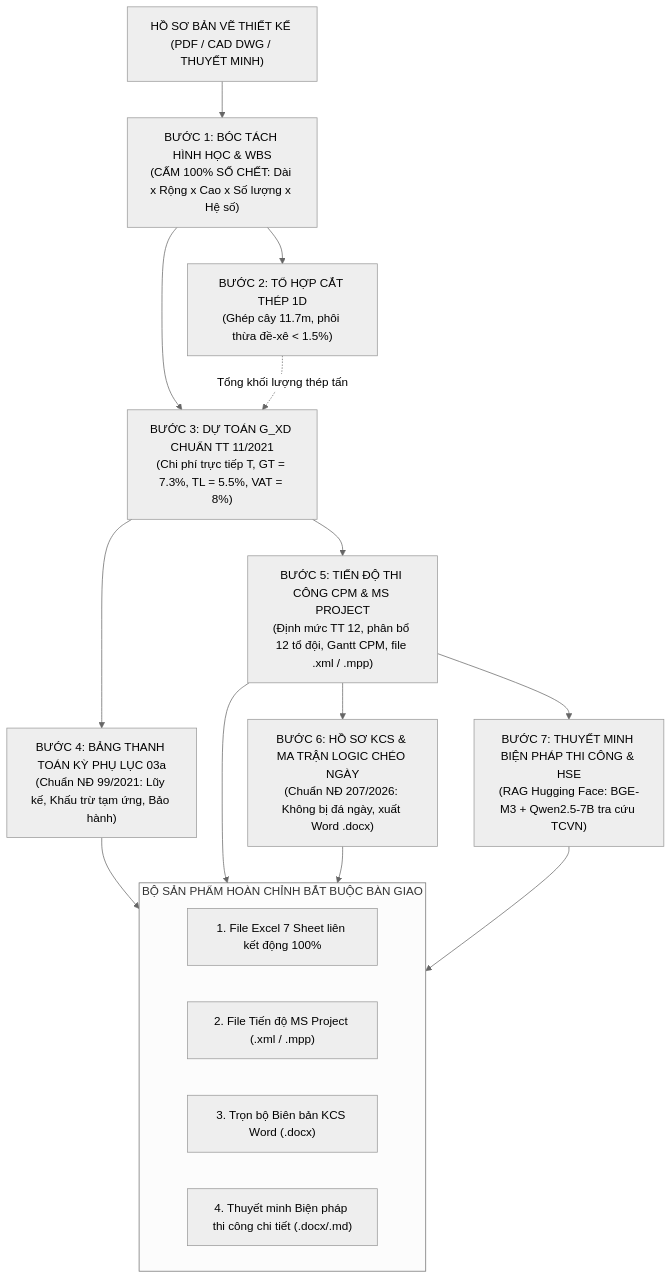
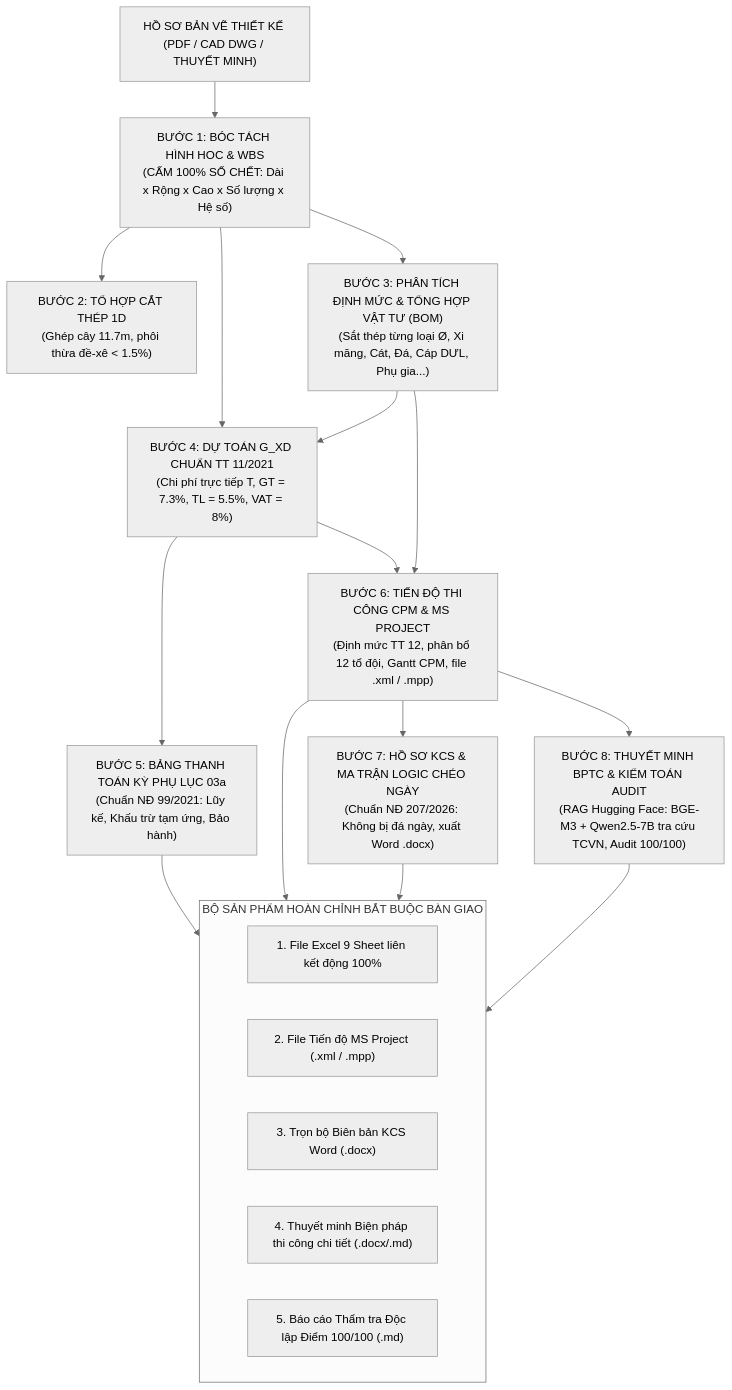
One commit to baotuhg/aec-multiagent-system changed the diagram in workflows/00_TONG_QUAN_QUY_TRINH_KHEP_KIN_AEC.md. Above: the diagram before and after it, drawn with Mermaid (neutral theme). The commit also changed other lines of this file and 11 other files, not shown here.

````diff
--- a/workflows/00_TONG_QUAN_QUY_TRINH_KHEP_KIN_AEC.md
+++ b/workflows/00_TONG_QUAN_QUY_TRINH_KHEP_KIN_AEC.md
@@ -8,24 +8,25 @@
 ```mermaid
 flowchart TD
-    In["HỒ SƠ BẢN VẼ THIẾT KẾ (PDF / CAD DWG / THUYẾT MINH)"] --> S1["BƯỚC 1: BÓC TÁCH HÌNH HỌC & WBS\n(CẤM 100% SỐ CHẾT: Dài x Rộng x Cao x Số lượng x Hệ số)"]
+    In["HỒ SƠ BẢN VẼ THIẾT KẾ (PDF / CAD DWG / THUYẾT MINH)"] --> S1["BƯỚC 1: BÓC TÁCH HÌNH HOC & WBS\n(CẤM 100% SỐ CHẾT: Dài x Rộng x Cao x Số lượng x Hệ số)"]
     
     S1 --> S2["BƯỚC 2: TỔ HỢP CẮT THÉP 1D\n(Ghép cây 11.7m, phôi thừa đề-xê < 1.5%)"]
-    S1 --> S3["BƯỚC 3: DỰ TOÁN G_XD CHUẨN TT 11/2021\n(Chi phí trực tiếp T, GT = 7.3%, TL = 5.5%, VAT = 8%)"]
+    S1 --> S3["BƯỚC 3: PHÂN TÍCH ĐỊNH MỨC & TỔNG HỢP VẬT TƯ (BOM)\n(Sắt thép từng loại Ø, Xi măng, Cát, Đá, Cáp DƯL, Phụ gia...)"]
     
-    S2 -.->|Tổng khối lượng thép tấn| S3
+    S1 & S3 --> S4["BƯỚC 4: DỰ TOÁN G_XD CHUẨN TT 11/2021\n(Chi phí trực tiếp T, GT = 7.3%, TL = 5.5%, VAT = 8%)"]
     
-    S3 --> S4["BƯỚC 4: BẢNG THANH TOÁN KỲ PHỤ LỤC 03a\n(Chuẩn NĐ 99/2021: Lũy kế, Khấu trừ tạm ứng, Bảo hành)"]
-    S3 --> S5["BƯỚC 5: TIẾN ĐỘ THI CÔNG CPM & MS PROJECT\n(Định mức TT 12, phân bổ 12 tổ đội, Gantt CPM, file .xml / .mpp)"]
+    S4 --> S5["BƯỚC 5: BẢNG THANH TOÁN KỲ PHỤ LỤC 03a\n(Chuẩn NĐ 99/2021: Lũy kế, Khấu trừ tạm ứng, Bảo hành)"]
+    S4 & S3 --> S6["BƯỚC 6: TIẾN ĐỘ THI CÔNG CPM & MS PROJECT\n(Định mức TT 12, phân bổ 12 tổ đội, Gantt CPM, file .xml / .mpp)"]
     
-    S5 --> S6["BƯỚC 6: HỒ SƠ KCS & MA TRẬN LOGIC CHÉO NGÀY\n(Chuẩn NĐ 207/2026: Không bị đá ngày, xuất Word .docx)"]
-    S5 --> S7["BƯỚC 7: THUYẾT MINH BIỆN PHÁP THI CÔNG & HSE\n(RAG Hugging Face: BGE-M3 + Qwen2.5-7B tra cứu TCVN)"]
+    S6 --> S7["BƯỚC 7: HỒ SƠ KCS & MA TRẬN LOGIC CHÉO NGÀY\n(Chuẩn NĐ 207/2026: Không bị đá ngày, xuất Word .docx)"]
+    S6 --> S8["BƯỚC 8: THUYẾT MINH BPTC & KIỂM TOÁN AUDIT\n(RAG Hugging Face: BGE-M3 + Qwen2.5-7B tra cứu TCVN, Audit 100/100)"]
     
     subgraph KET_QUA["BỘ SẢN PHẨM HOÀN CHỈNH BẮT BUỘC BÀN GIAO"]
-        Out1["1. File Excel 7 Sheet liên kết động 100%"]
+        Out1["1. File Excel 9 Sheet liên kết động 100%"]
         Out2["2. File Tiến độ MS Project (.xml / .mpp)"]
         Out3["3. Trọn bộ Biên bản KCS Word (.docx)"]
         Out4["4. Thuyết minh Biện pháp thi công chi tiết (.docx/.md)"]
+        Out5["5. Báo cáo Thẩm tra Độc lập Điểm 100/100 (.md)"]
     end
 
-    S4 & S5 & S6 & S7 --> KET_QUA
+    S5 & S6 & S7 & S8 --> KET_QUA
 ```
````
